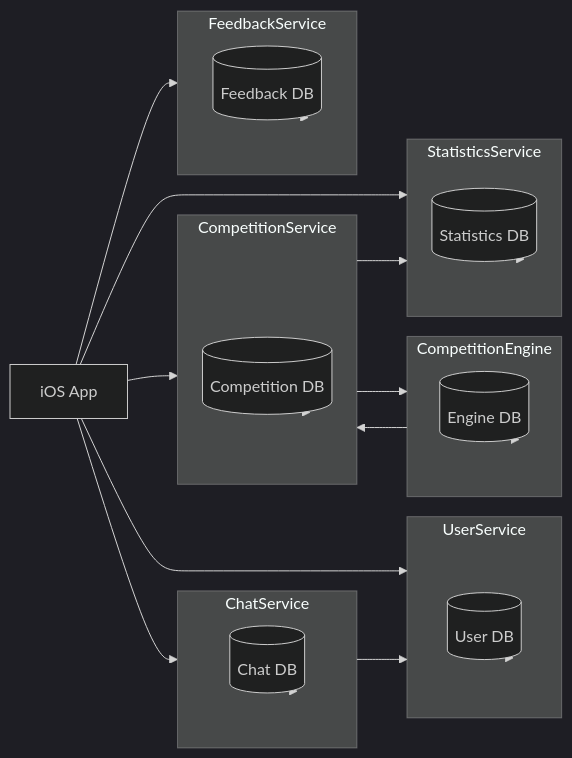
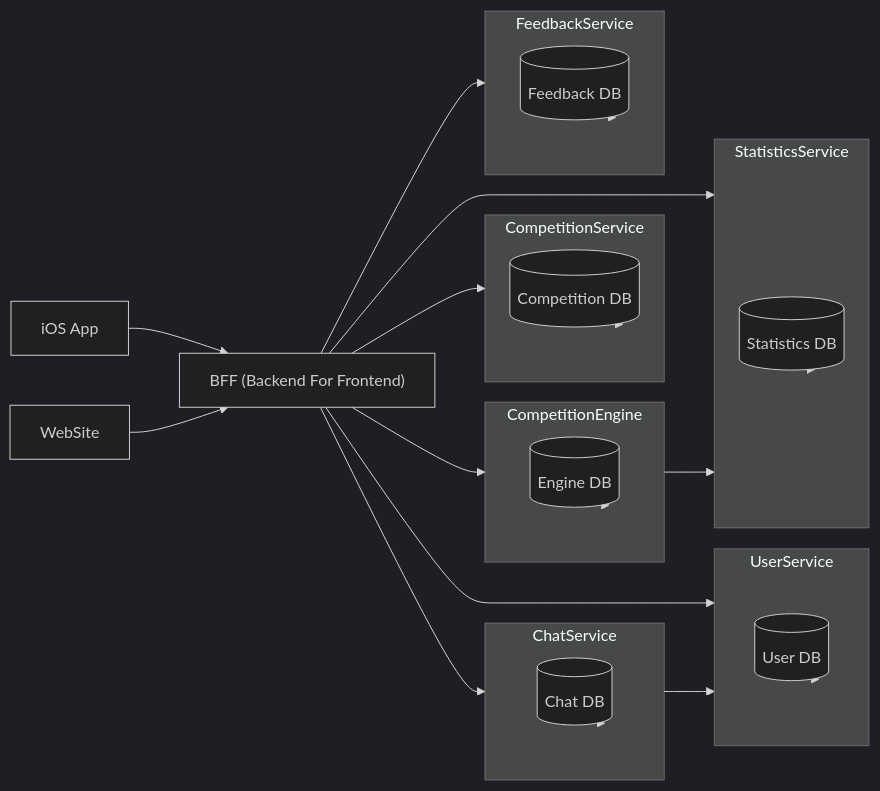
Before and after one commit to cu-drip/competition-info: the diagram in CU-DRIP-SCHEME.mmd, drawn with Mermaid (dark theme).

```diff
--- a/CU-DRIP-SCHEME.mmd
+++ b/CU-DRIP-SCHEME.mmd
@@ -1,46 +1,51 @@
 flowchart LR
-    %% Клиентское приложение iOS
-    IOS[iOS App]
+    %% Клиентские приложения
+    IOS["iOS App"]
+    Web["WebSite"]
+    BFF["BFF (Backend For Frontend)"]
 
-    %% Вызовы с iOS
-    IOS --> UserService
-    IOS --> CompetitionService
-    IOS --> ChatService
-    IOS --> StatisticsService
-    IOS --> FeedbackService
+    %% Вызовы с приложений
+    IOS --> BFF
+    Web --> BFF
 
     %% Микросервисы и их БД
-    subgraph UserService [UserService]
-        UserDB[(User DB)]
+    subgraph UserService ["UserService"]
+        UserDB[("User DB")]
     end
-    subgraph ChatService [ChatService]
-        ChatDB[(Chat DB)]
+    subgraph ChatService ["ChatService"]
+        ChatDB[("Chat DB")]
     end
-    subgraph CompetitionService [CompetitionService]
-        CompetitionDB[(Competition DB)]
+    subgraph CompetitionService ["CompetitionService"]
+        CompetitionDB[("Competition DB")]
     end
-    subgraph CompetitionEngine [CompetitionEngine]
-        EngineDB[(Engine DB)]
+    subgraph CompetitionEngine ["CompetitionEngine"]
+        EngineDB[("Engine DB")]
     end
-    subgraph StatisticsService [StatisticsService]
-        StatisticsDB[(Statistics DB)]
+    subgraph StatisticsService ["StatisticsService"]
+        StatisticsDB[("Statistics DB")]
     end
-    subgraph FeedbackService [FeedbackService]
-        FeedbackDB[(Feedback DB)]
+    subgraph FeedbackService ["FeedbackService"]
+        FeedbackDB[("Feedback DB")]
     end
 
-    %% Связи между сервисами и их базами
+    %% BFF → сервисы
+    BFF --> UserService
+    BFF --> CompetitionService
+    BFF --> ChatService
+    BFF --> StatisticsService
+    BFF --> FeedbackService
+    BFF --> CompetitionEngine
+
+    %% Сервисы и их БД
     UserService --> UserDB
     ChatService --> ChatDB
     CompetitionService --> CompetitionDB
     CompetitionEngine --> EngineDB
     StatisticsService --> StatisticsDB
     FeedbackService --> FeedbackDB
 
-    %% Взаимодействие между сервисами
-    CompetitionService --> CompetitionEngine
-    CompetitionEngine --> CompetitionService
+    %% Новое: Engine → Statistic
+    CompetitionEngine --> StatisticsService
 
-    CompetitionService --> StatisticsService
-
+    %% Существующая связь
     ChatService --> UserService
```
